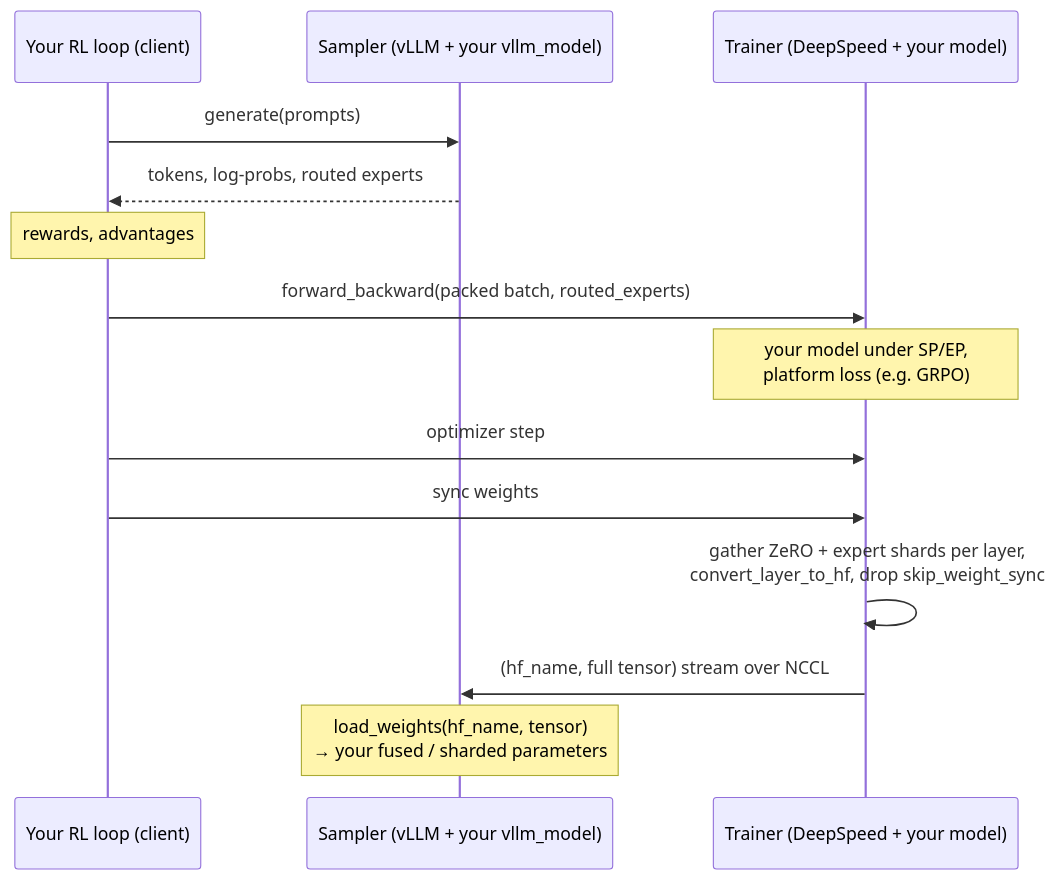
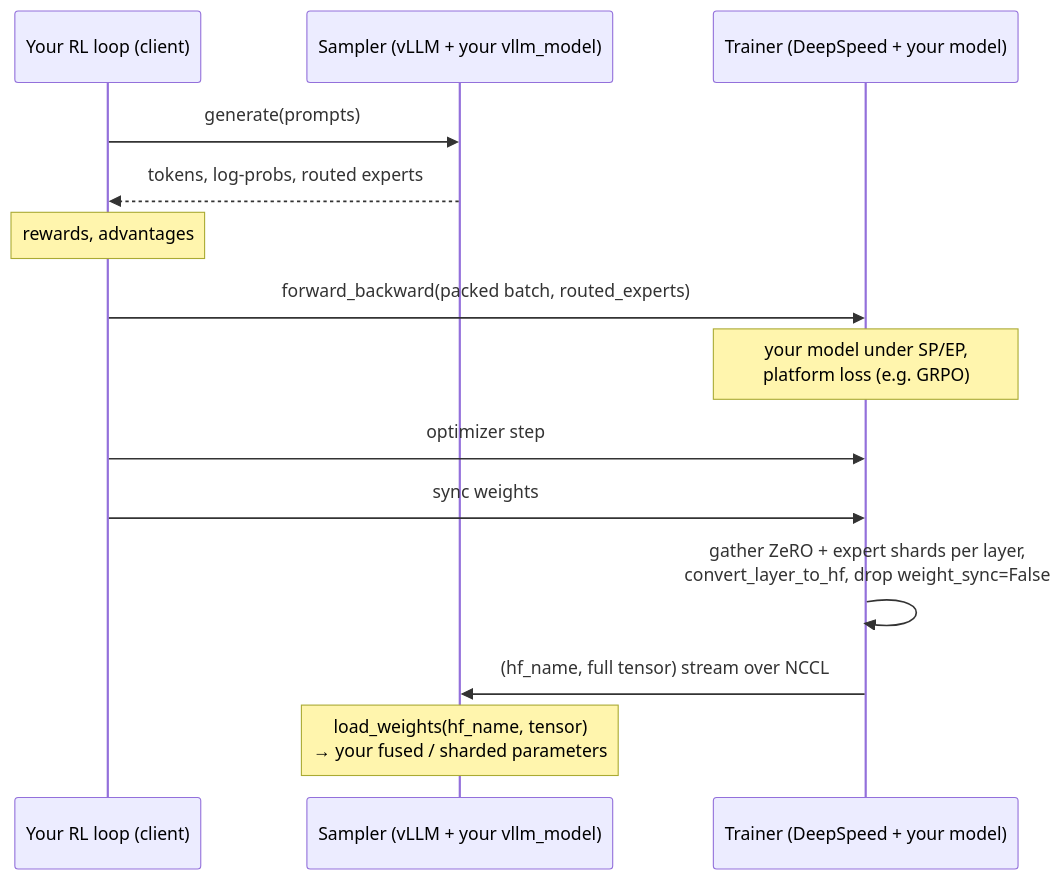
Before and after one commit to Snowflake-AI-Research/Arctic-Platform: the seventh of 10 diagrams in docs/model-plugins/spec.md, drawn with Mermaid. The commit also changed other lines of this file and 30 other files, not shown here.

````diff
--- a/docs/model-plugins/spec.md
+++ b/docs/model-plugins/spec.md
@@ -451,16 +493,16 @@
 ```mermaid
 sequenceDiagram
     participant U as Your RL loop (client)
     participant S as Sampler (vLLM + your vllm_model)
     participant T as Trainer (DeepSpeed + your model)
     U->>S: generate(prompts)
     S-->>U: tokens, log-probs, routed experts
     Note over U: rewards, advantages
     U->>T: forward_backward(packed batch, routed_experts)
     Note over T: your model under SP/EP,<br/>platform loss (e.g. GRPO)
     U->>T: optimizer step
     U->>T: sync weights
-    T->>T: gather ZeRO + expert shards per layer,<br/>convert_layer_to_hf, drop skip_weight_sync
+    T->>T: gather ZeRO + expert shards per layer,<br/>convert_layer_to_hf, drop weight_sync=False
     T->>S: (hf_name, full tensor) stream over NCCL
     Note over S: load_weights(hf_name, tensor)<br/>→ your fused / sharded parameters
 ```
````
